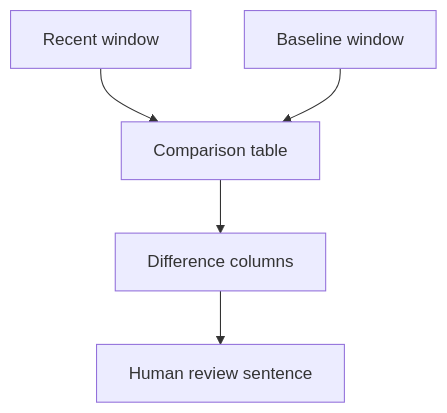
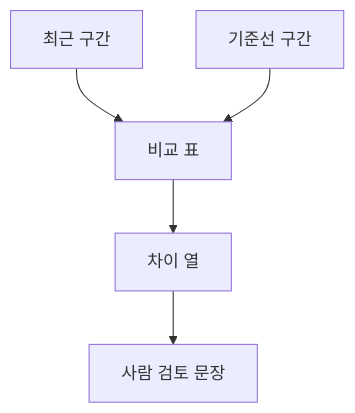
The diagram in docs/parts/part-03/chapter-07/section-01.md (devchan64/AiBook), drawn with Mermaid before and after one commit. The commit also changed 45 other files, not shown here.

Commit message:
docs: localize part 3 mermaid diagrams

````diff
--- a/docs/parts/part-03/chapter-07/section-01.md
+++ b/docs/parts/part-03/chapter-07/section-01.md
@@ -31,7 +31,7 @@
 ```mermaid
 flowchart TD
-    A[Recent window] --> C[Comparison table]
-    B[Baseline window] --> C
-    C --> D[Difference columns]
-    D --> E[Human review sentence]
+    A[최근 구간] --> C[비교 표]
+    B[기준선 구간] --> C
+    C --> D[차이 열]
+    D --> E[사람 검토 문장]
 ```
````
